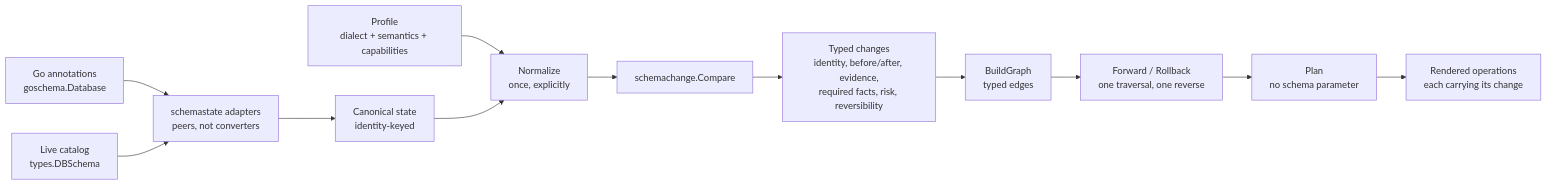
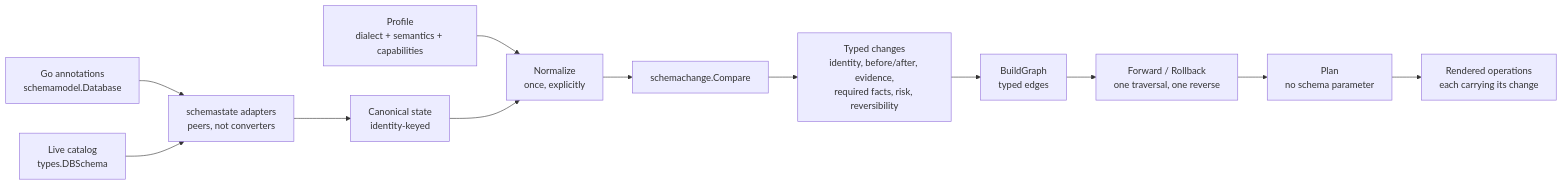
The diagram in docs/canonical_pipeline_prototype.md (stokaro/ptah), drawn with Mermaid before and after one commit. The commit also changed other lines of this file and 8 other files, not shown here.

````diff
--- a/docs/canonical_pipeline_prototype.md
+++ b/docs/canonical_pipeline_prototype.md
@@ -37,14 +37,14 @@
 ```mermaid
 flowchart LR
-  GO["Go annotations<br/>goschema.Database"] --> ADAPT
+  GO["Go annotations<br/>schemamodel.Database"] --> ADAPT
   CAT["Live catalog<br/>types.DBSchema"] --> ADAPT
   ADAPT["schemastate adapters<br/>peers, not converters"] --> STATE["Canonical state<br/>identity-keyed"]
   PROFILE["Profile<br/>dialect + semantics + capabilities"] --> NORM
   STATE --> NORM["Normalize<br/>once, explicitly"]
   NORM --> CMP["schemachange.Compare"]
   CMP --> CH["Typed changes<br/>identity, before/after, evidence,<br/>required facts, risk, reversibility"]
   CH --> GRAPH["BuildGraph<br/>typed edges"]
   GRAPH --> ORD["Forward / Rollback<br/>one traversal, one reverse"]
   ORD --> PLAN["Plan<br/>no schema parameter"]
   PLAN --> SQL["Rendered operations<br/>each carrying its change"]
 ```
````
